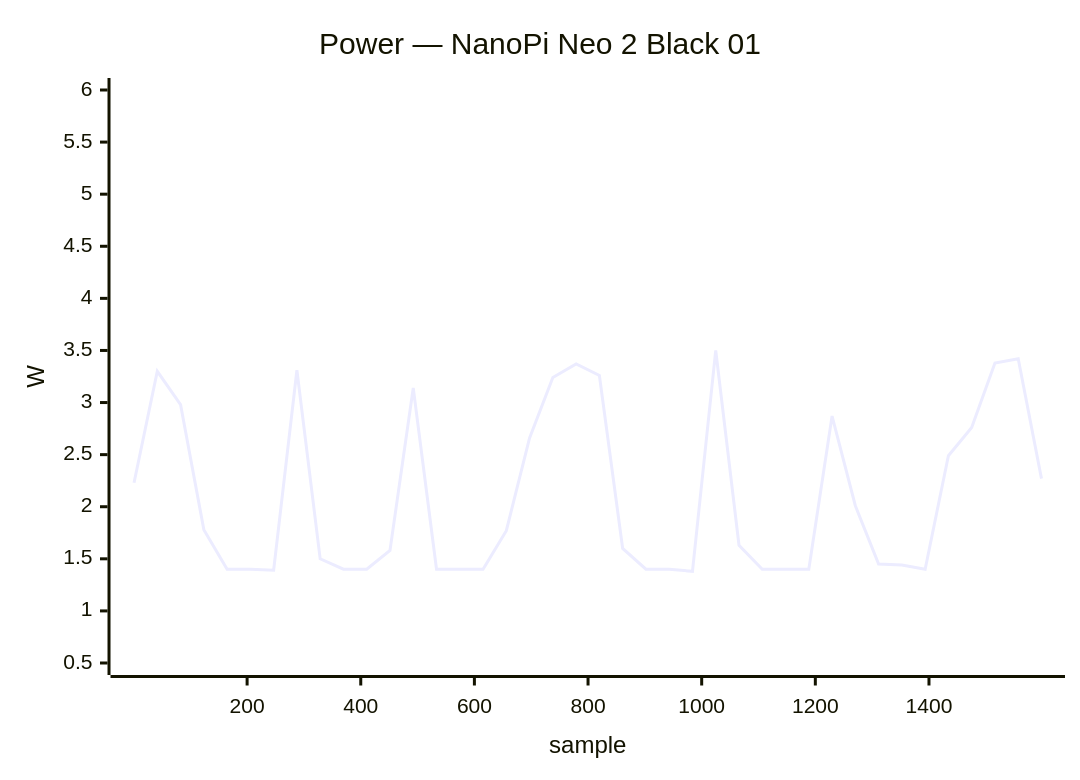
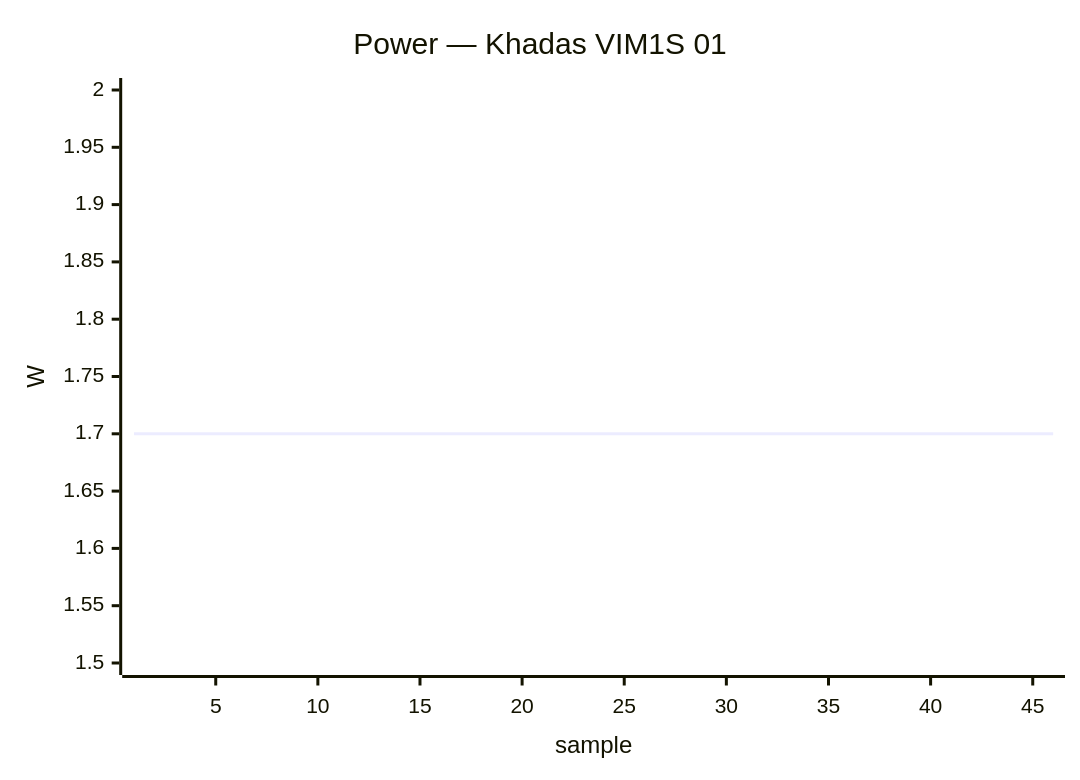
Before and after one commit to armbian/documentation: the second of 34 diagrams in docs/status/board-tests.md, drawn with Mermaid. The commit also changed other lines of this file, not shown here.

````diff
--- a/docs/status/board-tests.md
+++ b/docs/status/board-tests.md
@@ -124,7 +86,7 @@
 ```mermaid
 xychart-beta
-    title "Power — NanoPi Neo 2 Black 01"
-    x-axis "sample" 1 --> 1598
-    y-axis "W" 0.5 --> 6.0
-    line [2.23, 3.30, 2.98, 1.78, 1.40, 1.40, 1.39, 3.31, 1.50, 1.40, 1.40, 1.58, 3.14, 1.40, 1.40, 1.40, 1.77, 2.66, 3.24, 3.37, 3.26, 1.60, 1.40, 1.40, 1.38, 3.50, 1.63, 1.40, 1.40, 1.40, 2.87, 2.01, 1.45, 1.44, 1.40, 2.49, 2.76, 3.38, 3.42, 2.27]
+    title "Power — Khadas VIM1S 01"
+    x-axis "sample" 1 --> 46
+    y-axis "W" 1.5 --> 2.0
+    line [1.70, 1.70, 1.70, 1.70, 1.70, 1.70, 1.70, 1.70, 1.70, 1.70, 1.70, 1.70, 1.70, 1.70, 1.70, 1.70, 1.70, 1.70, 1.70, 1.70, 1.70, 1.70, 1.70, 1.70, 1.70, 1.70, 1.70, 1.70, 1.70, 1.70, 1.70, 1.70, 1.70, 1.70, 1.70, 1.70, 1.70, 1.70, 1.70, 1.70]
 ```
````
